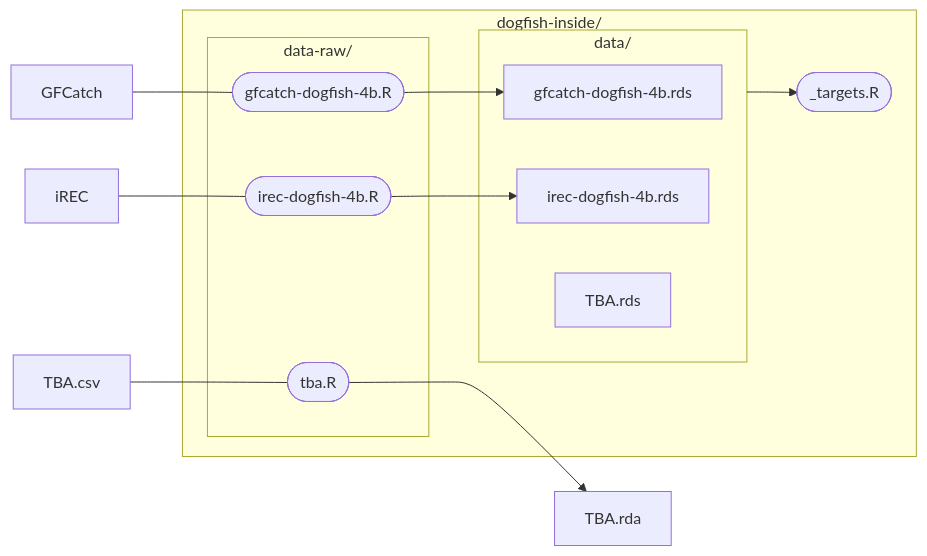
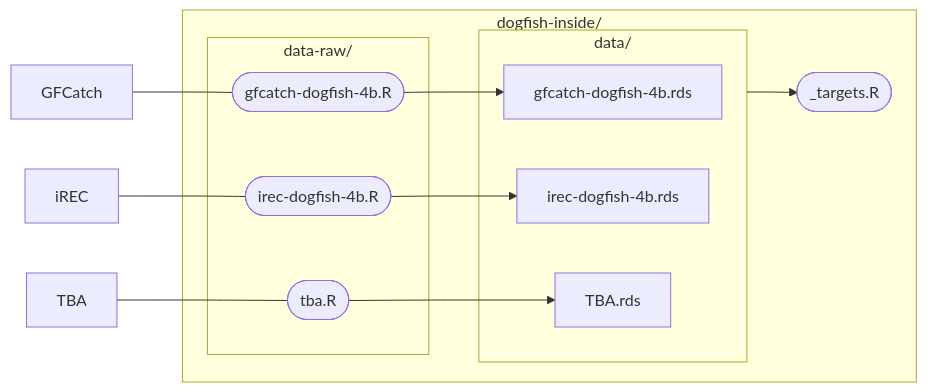
Before and after one commit to pbs-assess/dogfish-inside: the diagram in README.Rmd, drawn with Mermaid. The commit also changed 1 other file, not shown here.

Commit message:
fixed flowchart typo

````diff
--- a/README.Rmd
+++ b/README.Rmd
@@ -41,21 +41,21 @@
 ```{mermaid} 
 flowchart LR
   subgraph dogfish-inside/
     _targets.R(["_targets.R"])
     subgraph data-raw/
       gfcatch-dogfish-4b.R(["gfcatch-dogfish-4b.R"])
       irec-dogfish-4b.R(["irec-dogfish-4b.R"])
       tba.R(["tba.R"])
     end
     subgraph data/
       gfcatch-dogfish-4b.rds
       irec-dogfish-4b.rds
       TBA.rds
     end
   end
   data/-->_targets.R
   GFCatch---gfcatch-dogfish-4b.R-->gfcatch-dogfish-4b.rds
   iREC---irec-dogfish-4b.R-->irec-dogfish-4b.rds
-  TBA.csv---tba.R-->TBA.rda
+  TBA---tba.R-->TBA.rds
 
 ```
````
